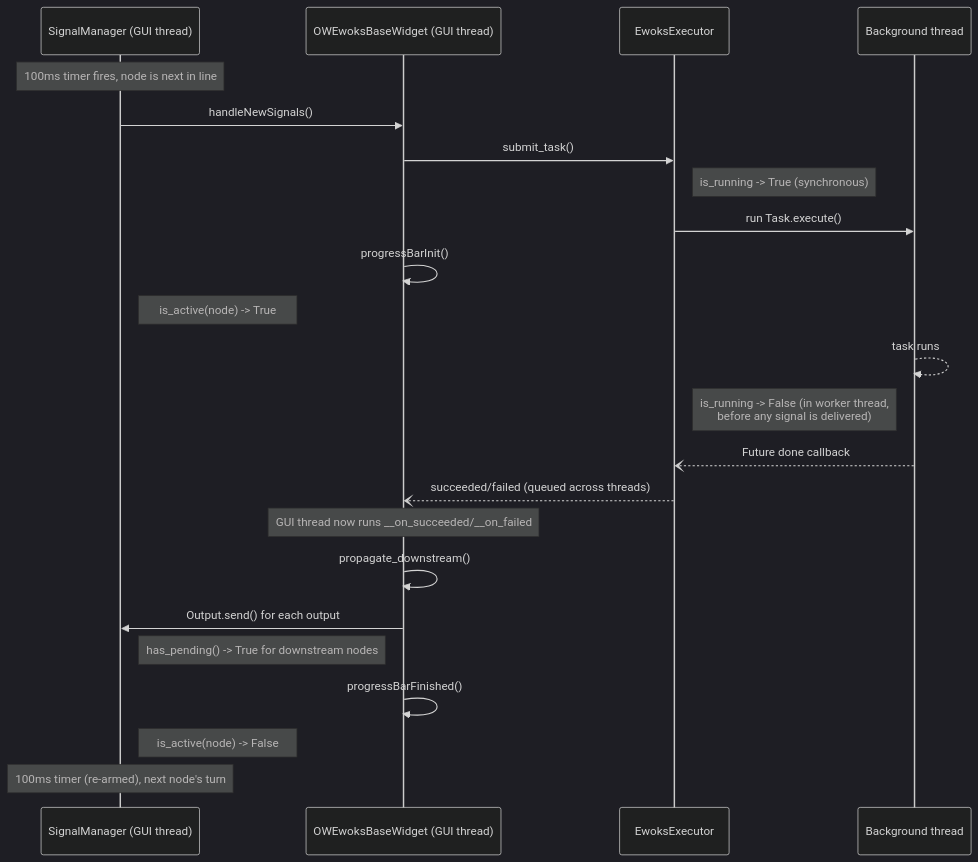
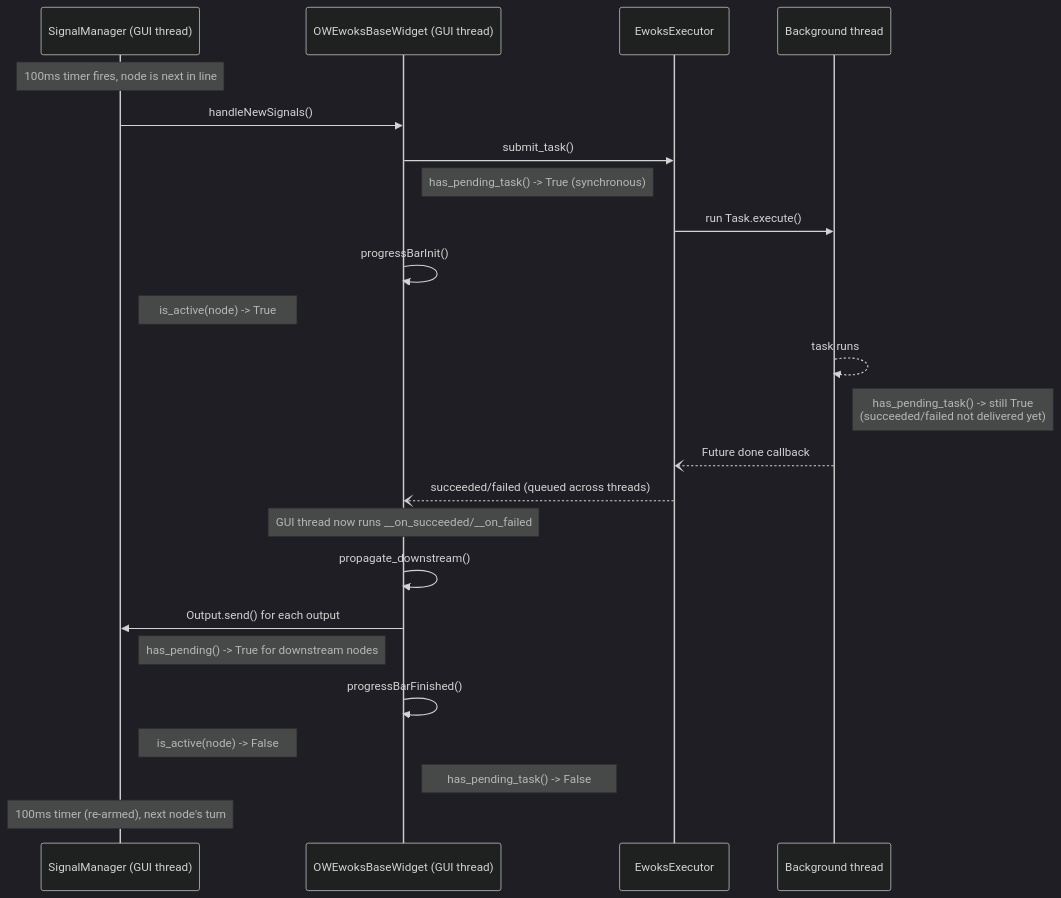
Before and after one commit to ewoks-kit/ewoksorange: the first of 2 diagrams in doc/explanations/execution.rst, drawn with Mermaid (dark theme). The commit also changed other lines of this file and 7 other files, not shown here.

Commit message:
use OWEwoksBaseWidget.has_pending_task() instead of EwoksExecutor.is_running()

```diff
--- a/doc/explanations/execution.rst
+++ b/doc/explanations/execution.rst
@@ -37,29 +37,30 @@
 .. mermaid::
 
     sequenceDiagram
         participant SM as SignalManager (GUI thread)
         participant W as OWEwoksBaseWidget (GUI thread)
         participant EX as EwoksExecutor
         participant BG as Background thread
 
         Note over SM: 100ms timer fires, node is next in line
         SM->>W: handleNewSignals()
         W->>EX: submit_task()
-        Note right of EX: is_running -> True (synchronous)
+        Note right of W: has_pending_task() -> True (synchronous)
         EX->>BG: run Task.execute()
         W->>W: progressBarInit()
         Note right of SM: is_active(node) -> True
 
         BG-->>BG: task runs
-        Note right of EX: is_running -> False (in worker thread,<br/>before any signal is delivered)
+        Note right of BG: has_pending_task() -> still True<br/>(succeeded/failed not delivered yet)
         BG--)EX: Future done callback
         EX--)W: succeeded/failed (queued across threads)
 
         Note over W: GUI thread now runs __on_succeeded/__on_failed
         W->>W: propagate_downstream()
         W->>SM: Output.send() for each output
         Note right of SM: has_pending() -> True for downstream nodes
         W->>W: progressBarFinished()
         Note right of SM: is_active(node) -> False
+        Note right of W: has_pending_task() -> False
 
         Note over SM: 100ms timer (re-armed), next node's turn
```
